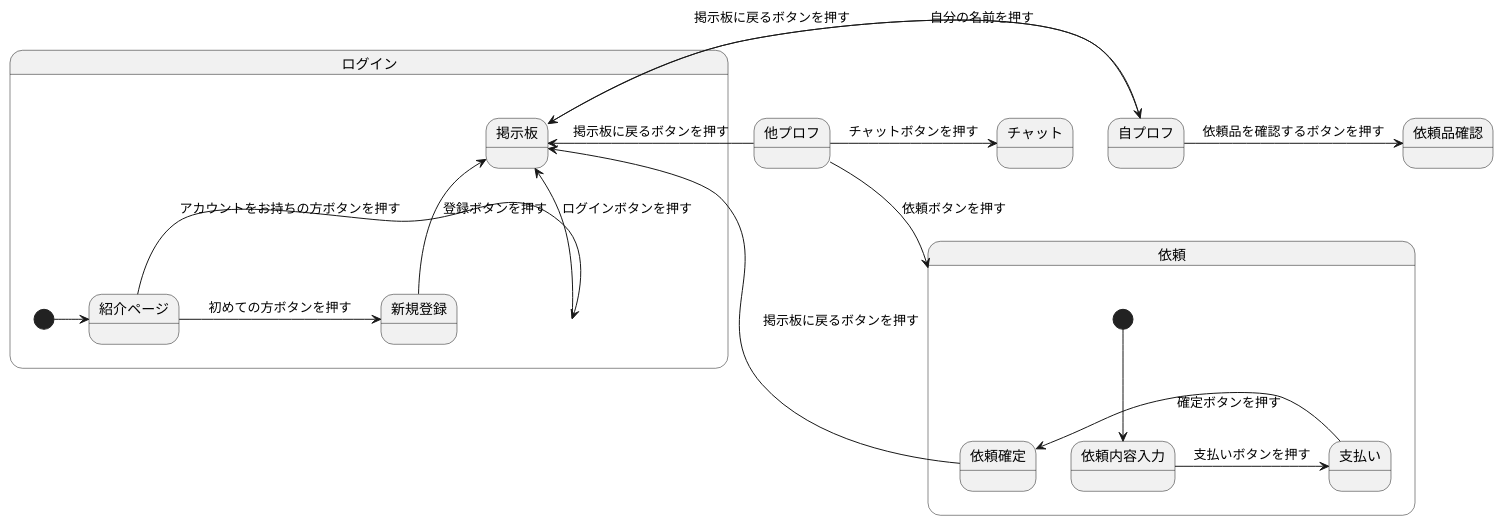
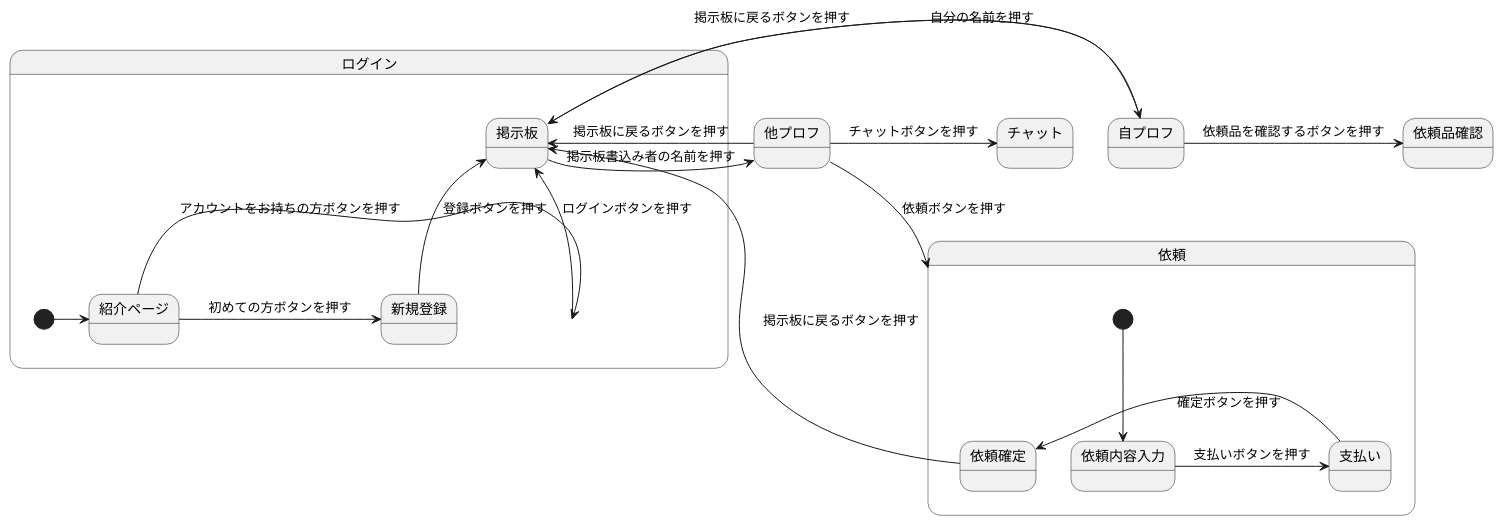
One commit to Aso2001137/2021sys-design changed the diagram in 画面遷移図.md. Above: the diagram before and after it, drawn with PlantUML.

````diff
--- a/画面遷移図.md
+++ b/画面遷移図.md
@@ -1,24 +1,25 @@
 ```uml
 @startuml
 state ログイン{
 [*] -> 紹介ページ
 紹介ページ -> ログイン : アカウントをお持ちの方ボタンを押す
 ログイン -up-> 掲示板 : ログインボタンを押す
 紹介ページ -> 新規登録 : 初めての方ボタンを押す
 新規登録 -up-> 掲示板 : 登録ボタンを押す
 }
 掲示板 -[hidden]> 他プロフ : 掲示板書込み者の名前を押す
+掲示板 -> 他プロフ : 掲示板書込み者の名前を押す
 他プロフ -> 掲示板 : 掲示板に戻るボタンを押す
 他プロフ -> チャット : チャットボタンを押す
 他プロフ -down-> 依頼 : 依頼ボタンを押す
 掲示板 -> 自プロフ : 自分の名前を押す
 自プロフ -> 掲示板 : 掲示板に戻るボタンを押す
 自プロフ -> 依頼品確認 : 依頼品を確認するボタンを押す
 state 依頼{
 [*] --> 依頼内容入力
 依頼内容入力 -> 支払い : 支払いボタンを押す
 支払い -> 依頼確定 : 確定ボタンを押す
 依頼確定 -> 掲示板 : 掲示板に戻るボタンを押す
 }
 @enduml
 ```
````
